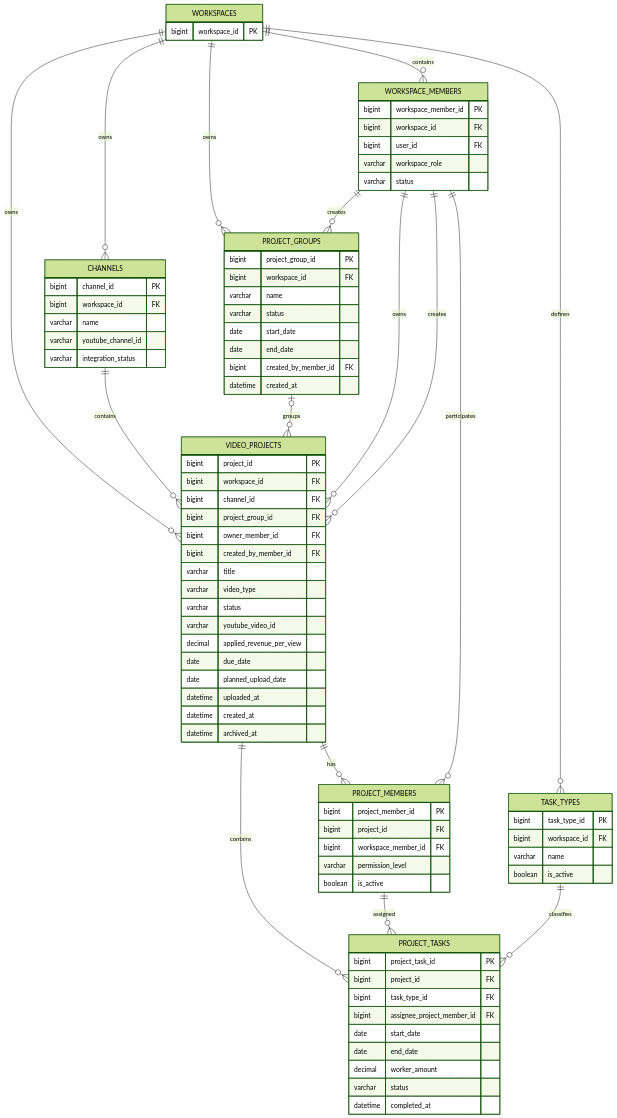
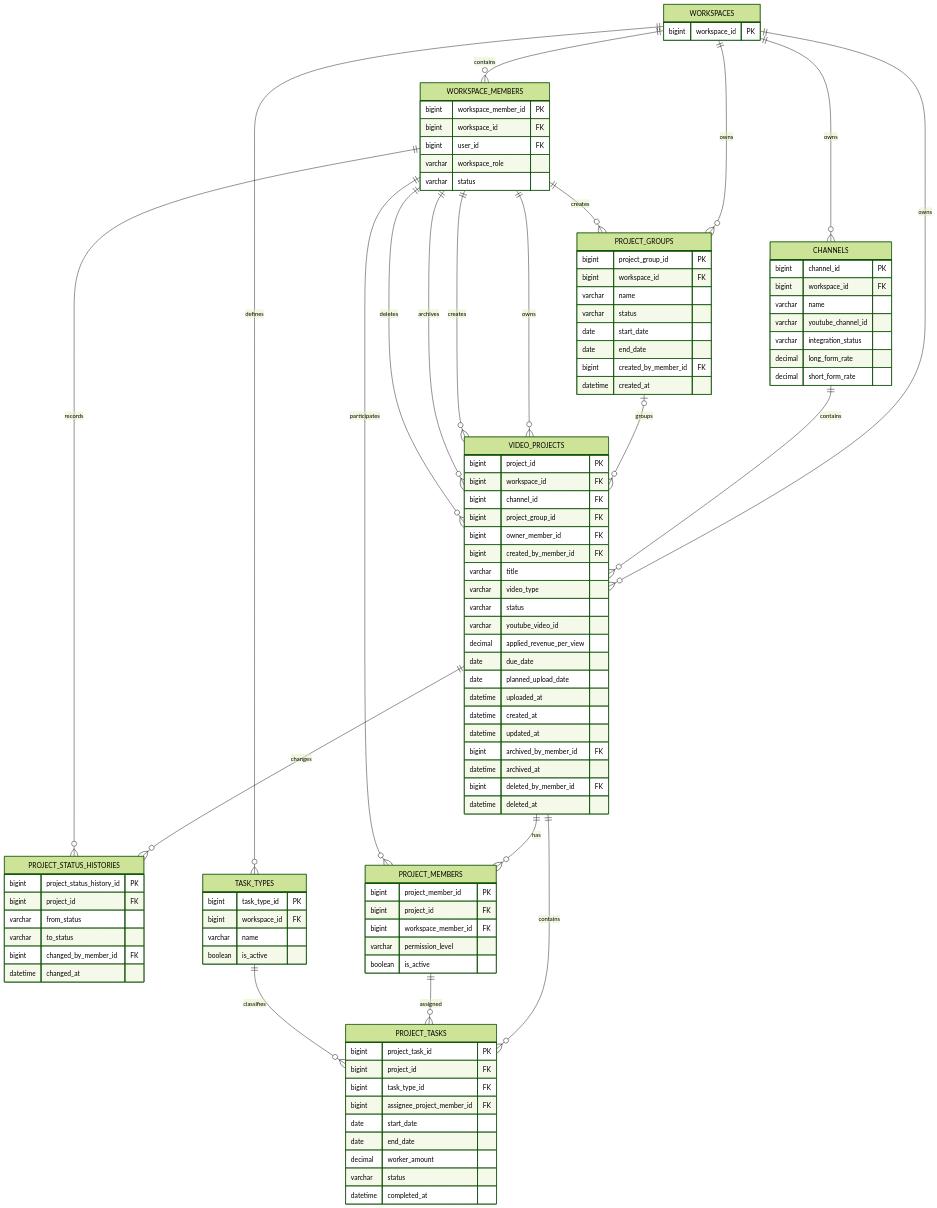
Before and after one commit to heebaek200/yms-project: the third of 6 diagrams in docs/design/데이터베이스 설계 및 ERD.md, drawn with Mermaid (forest theme). The commit also changed other lines of this file and 8 other files, not shown here.

```diff
--- a/docs/design/데이터베이스 설계 및 ERD.md
+++ b/docs/design/데이터베이스 설계 및 ERD.md
@@ -884,6 +881,8 @@
         varchar name
         varchar youtube_channel_id
         varchar integration_status
+        decimal long_form_rate
+        decimal short_form_rate
     }
 
     PROJECT_GROUPS {
@@ -913,7 +912,20 @@
         date planned_upload_date
         datetime uploaded_at
         datetime created_at
+        datetime updated_at
+        bigint archived_by_member_id FK
         datetime archived_at
+        bigint deleted_by_member_id FK
+        datetime deleted_at
+    }
+
+    PROJECT_STATUS_HISTORIES {
+        bigint project_status_history_id PK
+        bigint project_id FK
+        varchar from_status
+        varchar to_status
+        bigint changed_by_member_id FK
+        datetime changed_at
     }
 
     PROJECT_MEMBERS {
@@ -953,8 +965,12 @@
     WORKSPACE_MEMBERS ||--o{ PROJECT_GROUPS : creates
     WORKSPACE_MEMBERS ||--o{ VIDEO_PROJECTS : owns
     WORKSPACE_MEMBERS ||--o{ VIDEO_PROJECTS : creates
+    WORKSPACE_MEMBERS ||--o{ VIDEO_PROJECTS : archives
+    WORKSPACE_MEMBERS ||--o{ VIDEO_PROJECTS : deletes
     VIDEO_PROJECTS ||--o{ PROJECT_MEMBERS : has
+    VIDEO_PROJECTS ||--o{ PROJECT_STATUS_HISTORIES : changes
     WORKSPACE_MEMBERS ||--o{ PROJECT_MEMBERS : participates
+    WORKSPACE_MEMBERS ||--o{ PROJECT_STATUS_HISTORIES : records
     VIDEO_PROJECTS ||--o{ PROJECT_TASKS : contains
     PROJECT_MEMBERS ||--o{ PROJECT_TASKS : assigned
     TASK_TYPES ||--o{ PROJECT_TASKS : classifies
```
